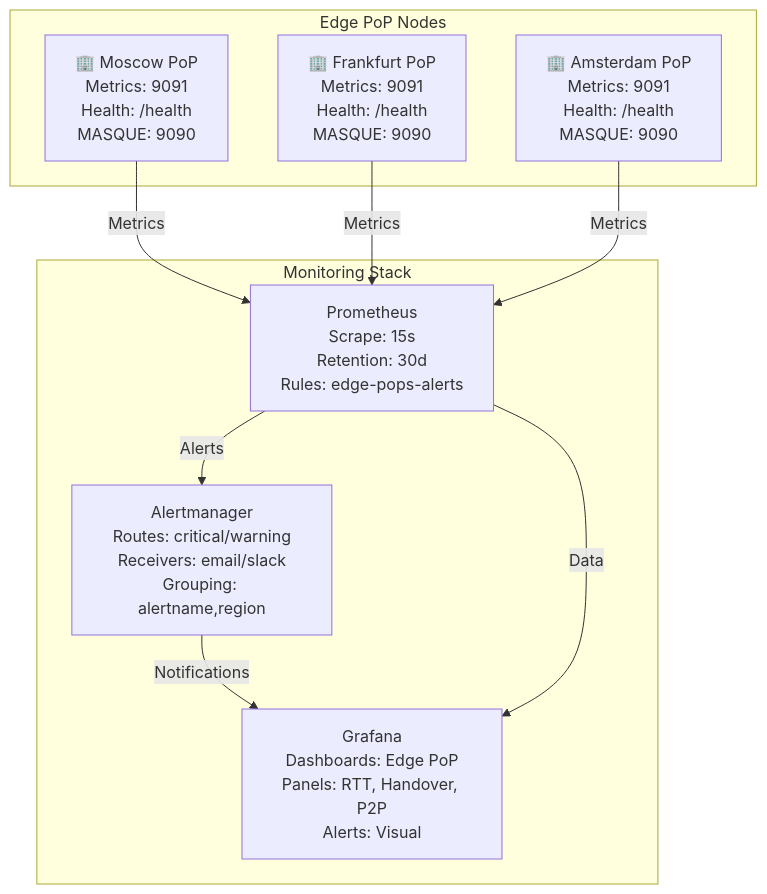
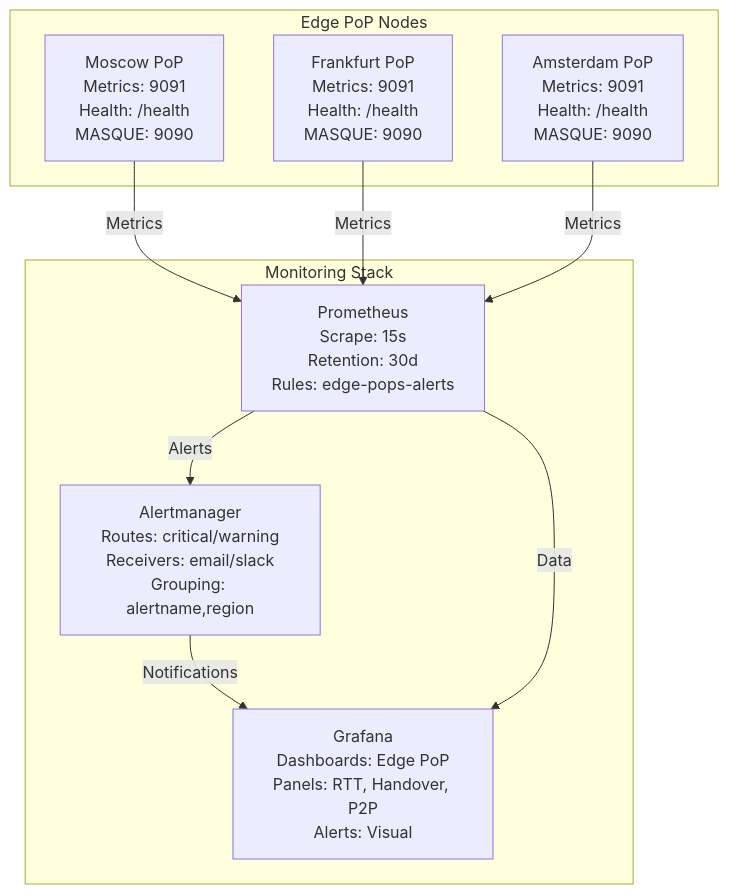
Before and after one commit to twogc/cloudbridge-edge-pops: the diagram in docs/monitoring.md, drawn with Mermaid. The commit also changed other lines of this file and 8 other files, not shown here.

````diff
--- a/docs/monitoring.md
+++ b/docs/monitoring.md
@@ -9,23 +9,23 @@
 ```mermaid
 graph TB
     subgraph "Edge PoP Nodes"
-        M[🏢 Moscow PoP<br/>Metrics: 9091<br/>Health: /health<br/>MASQUE: 9090]
-        F[🏢 Frankfurt PoP<br/>Metrics: 9091<br/>Health: /health<br/>MASQUE: 9090]
-        A[🏢 Amsterdam PoP<br/>Metrics: 9091<br/>Health: /health<br/>MASQUE: 9090]
+        M[ Moscow PoP<br/>Metrics: 9091<br/>Health: /health<br/>MASQUE: 9090]
+        F[ Frankfurt PoP<br/>Metrics: 9091<br/>Health: /health<br/>MASQUE: 9090]
+        A[ Amsterdam PoP<br/>Metrics: 9091<br/>Health: /health<br/>MASQUE: 9090]
     end
-    
+
     subgraph "Monitoring Stack"
         P[Prometheus<br/>Scrape: 15s<br/>Retention: 30d<br/>Rules: edge-pops-alerts]
         AM[Alertmanager<br/>Routes: critical/warning<br/>Receivers: email/slack<br/>Grouping: alertname,region]
         G[Grafana<br/>Dashboards: Edge PoP<br/>Panels: RTT, Handover, P2P<br/>Alerts: Visual]
     end
-    
+
     M -->|Metrics| P
     F -->|Metrics| P
     A -->|Metrics| P
-    
+
     P -->|Alerts| AM
     AM -->|Notifications| G
-    
+
     P -->|Data| G
 ```
````
